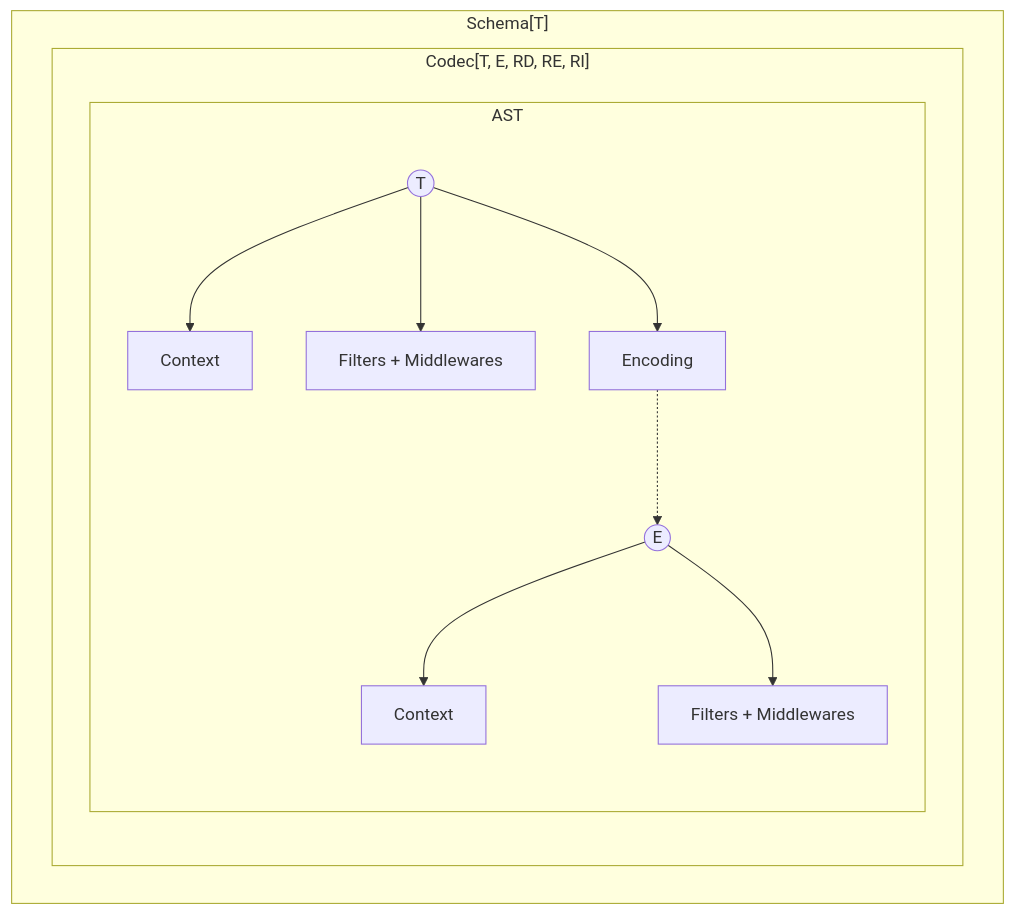
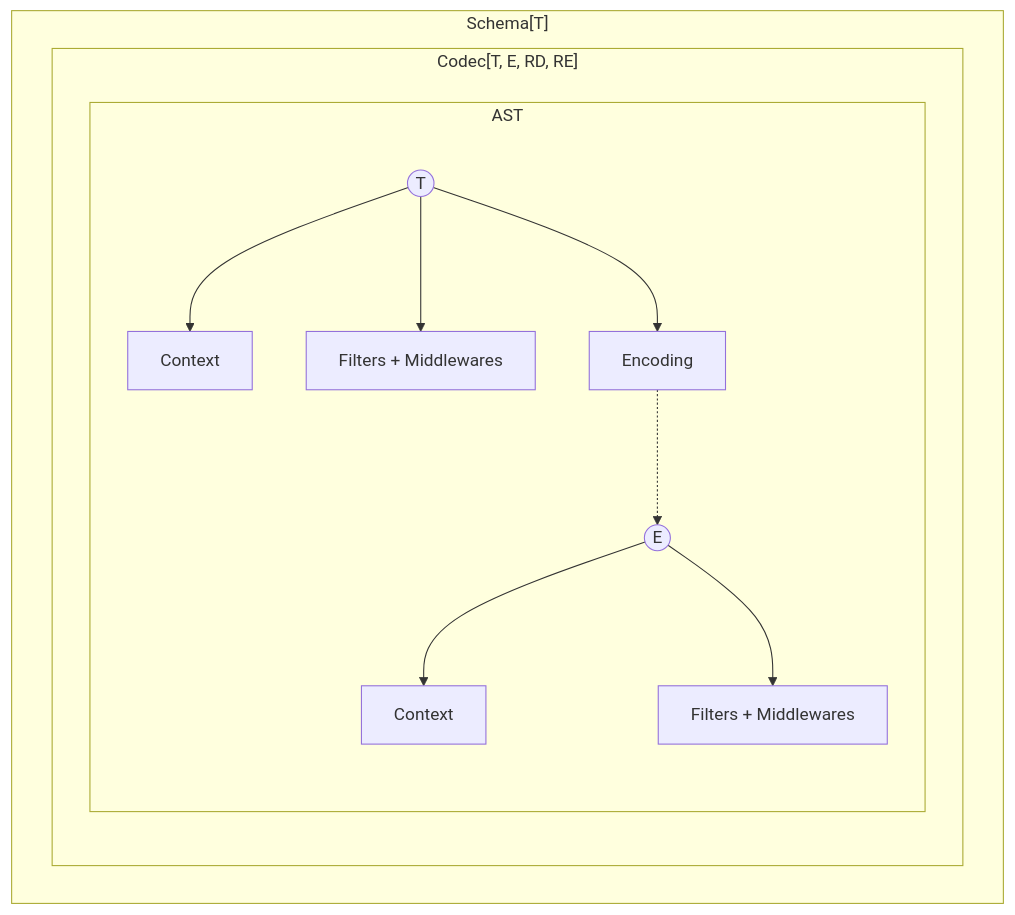
One commit to Effect-TS/effect-smol changed the first of 2 diagrams in packages/effect/SCHEMA.md. Above: the diagram before and after it, drawn with Mermaid. The commit also changed other lines of this file and 4 other files, not shown here.

Commit message:
add schema decoding / encoding APIs

````diff
--- a/packages/effect/SCHEMA.md
+++ b/packages/effect/SCHEMA.md
@@ -5,20 +5,20 @@
 ```mermaid
 flowchart TD
   subgraph "Schema[T]"
-  subgraph "Codec[T, E, RD, RE, RI]"
+  subgraph "Codec[T, E, RD, RE]"
   subgraph AST
     T@{ shape: circle, label: "T" }
     E@{ shape: circle, label: "E" }
     ModifiersT[Filters + Middlewares]
     ModifiersE[Filters + Middlewares]
     Encoding[Encoding]
     T --> TC[Context]
     T --> ModifiersT
     E --> EC[Context]
     E --> ModifiersE
     T --> Encoding
     Encoding .-> E
   end
   end
   end
 ```
````
